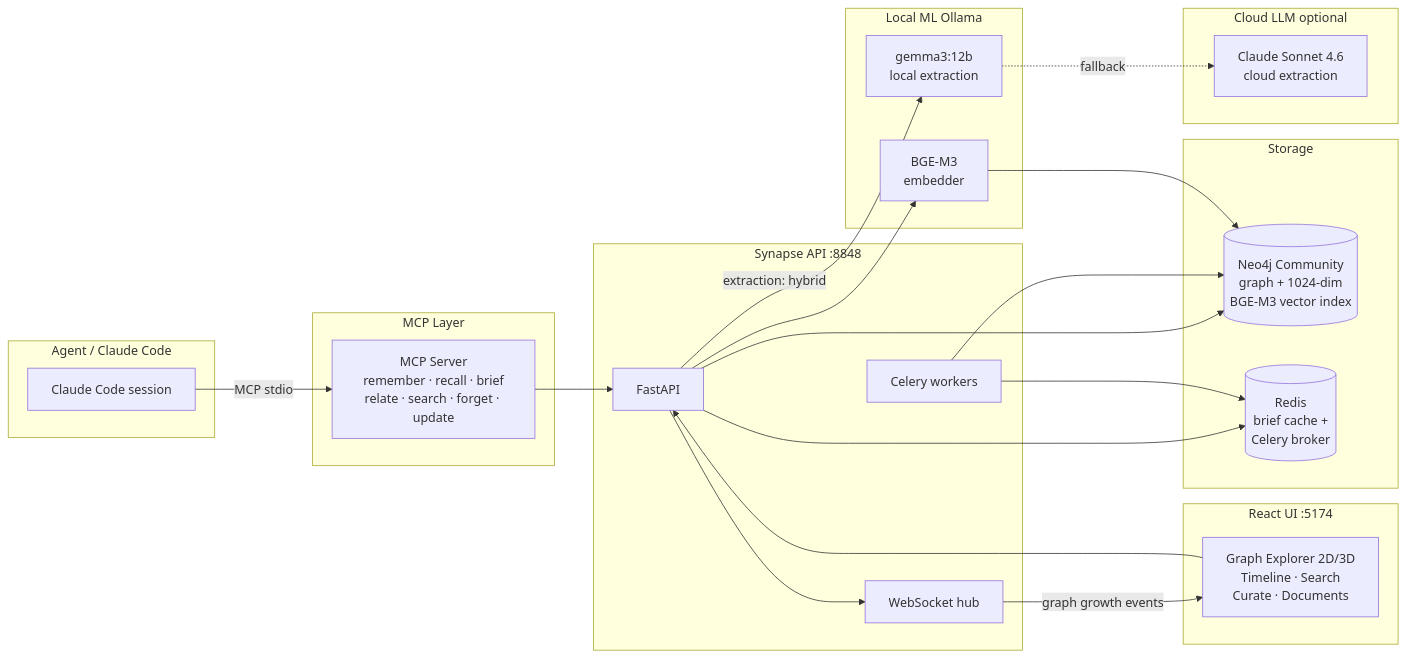
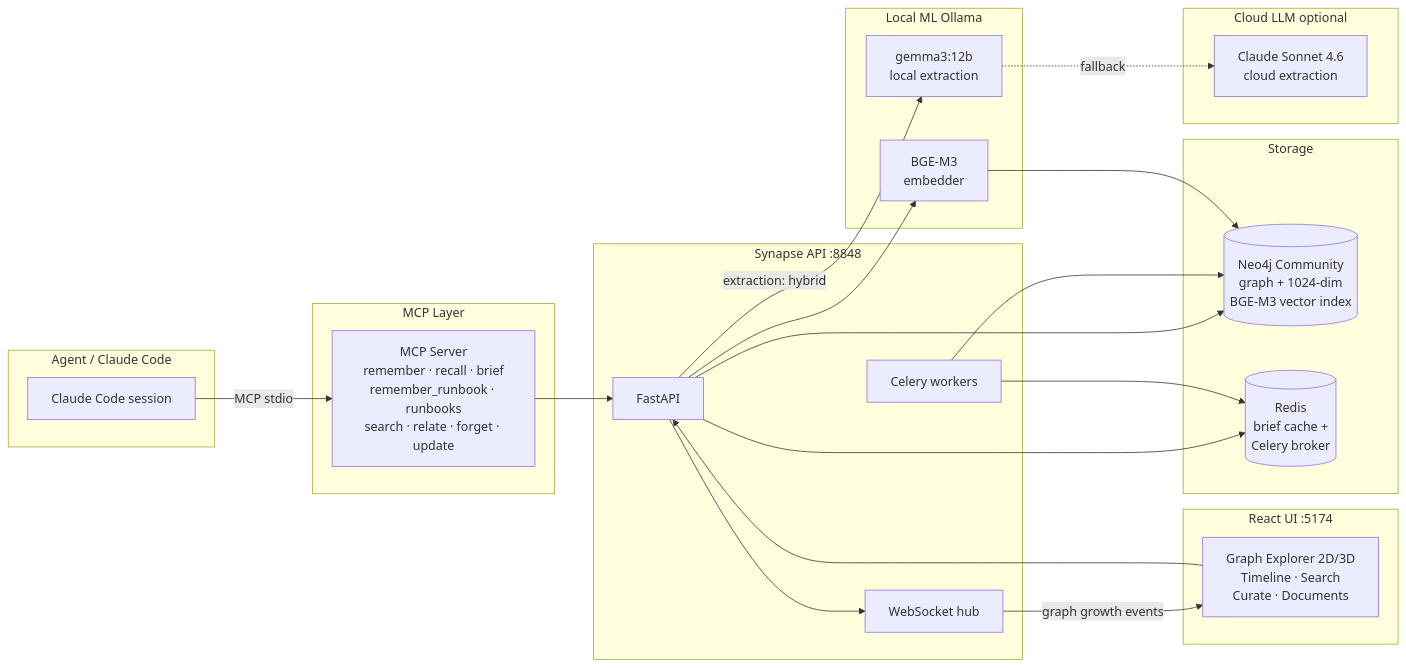
One commit to alexsh88/synapse changed the diagram in README.md. Above: the diagram before and after it, drawn with Mermaid. The commit also changed other lines of this file and 83 other files, not shown here.

````diff
--- a/README.md
+++ b/README.md
@@ -41,48 +64,48 @@
 ```mermaid
 graph LR
     subgraph "Agent / Claude Code"
         A[Claude Code session]
     end
 
     subgraph "MCP Layer"
-        M[MCP Server<br/>remember · recall · brief<br/>relate · search · forget · update]
+        M[MCP Server<br/>remember · recall · brief<br/>remember_runbook · runbooks<br/>search · relate · forget · update]
     end
 
     subgraph "Synapse API  :8848"
         F[FastAPI]
         C[Celery workers]
         WS[WebSocket hub]
     end
 
     subgraph "Storage"
         N[(Neo4j Community<br/>graph + 1024-dim<br/>BGE-M3 vector index)]
         R[(Redis<br/>brief cache +<br/>Celery broker)]
     end
 
     subgraph "Local ML  Ollama"
         E[BGE-M3<br/>embedder]
         G[gemma3:12b<br/>local extraction]
     end
 
     subgraph "Cloud LLM  optional"
         S[Claude Sonnet 4.6<br/>cloud extraction]
     end
 
     subgraph "React UI  :5174"
         UI[Graph Explorer 2D/3D<br/>Timeline · Search<br/>Curate · Documents]
     end
 
     A -- "MCP stdio" --> M
     M --> F
     F --> N
     F --> R
     C --> N
     C --> R
     F -- "extraction: hybrid" --> G
     G -. "fallback" .-> S
     F --> E
     E --> N
     WS -- "graph growth events" --> UI
     F --> WS
     UI --> F
 ```
````
